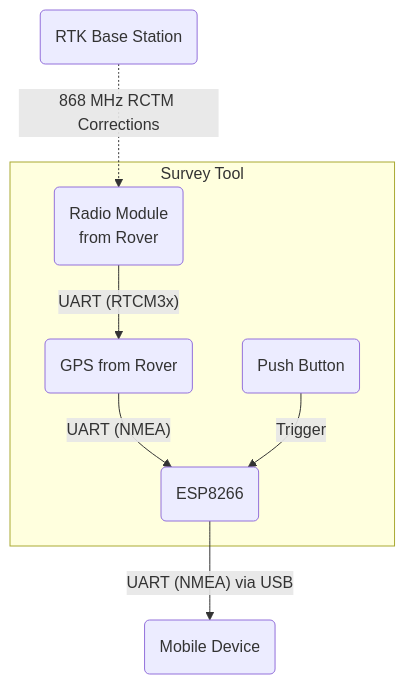
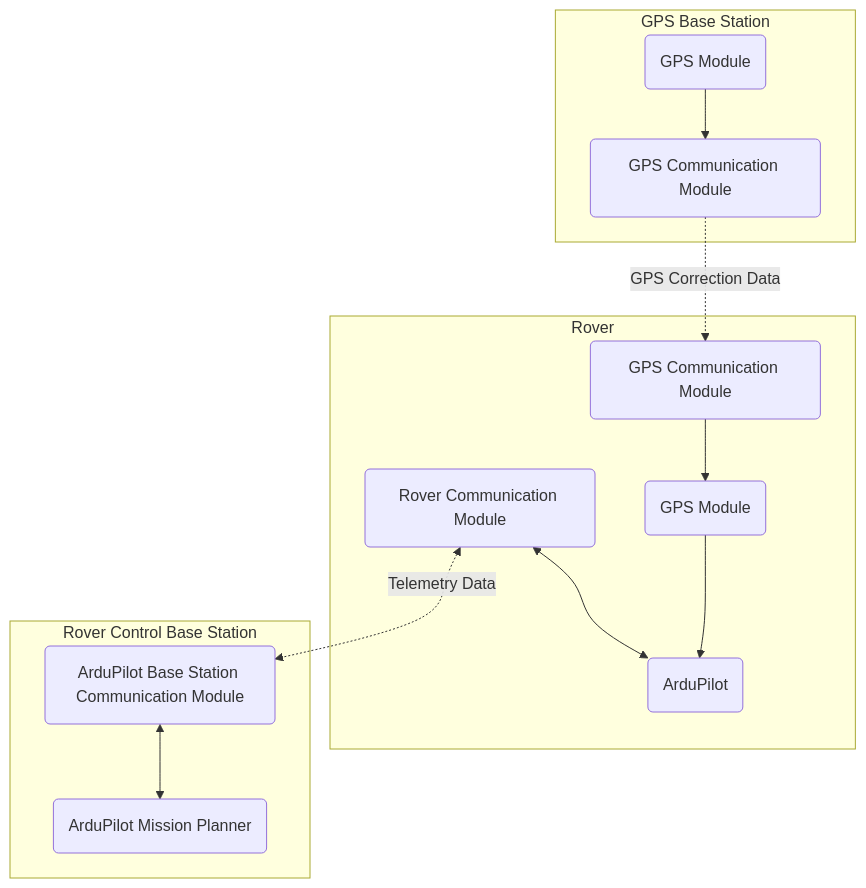
Before and after one commit to vBJohannes/RoadMarkerBot: the diagram in README.md, drawn with Mermaid. The commit also changed other lines of this file and 62 other files, not shown here.

````diff
--- a/README.md
+++ b/README.md
@@ -100,21 +32,29 @@
 ```mermaid
 graph TD
-    
-    %% Communication & Interface
-    subgraph Handheld_Unit [Survey Tool]
-        ESP
-        BTN(Push Button)
-        GPS_ROV(GPS from Rover)
-        RADIO(Radio Module<br>from Rover)
+    %% Rover
+    subgraph ROVER [Rover]
+        AP_ROVER(ArduPilot)
+        TELEM_ROVER(Rover Communication Module)
+        GPS_ROVER(GPS Module)
+        GPS_CORR_ROVER(GPS Communication Module)
     end
-    ESP(ESP8266)
 
-    %% Data Connections
-    RADIO -- "UART (RTCM3x)" --> GPS_ROV
-    GPS_ROV -- "UART (NMEA)" --> ESP
-    BTN -- "Trigger" --> ESP
+    subgraph sg1 [GPS Base Station]
+        GPS_BASE(GPS Module)
+        GPS_CORR_BASE(GPS Communication Module)
+    end
 
-    %% External Links
-    BASE(RTK Base Station) -. "868 MHz RCTM Corrections" .-> RADIO
-    ESP -- "UART (NMEA) via USB" --> SERVER(Mobile Device)
+    subgraph MP_BASE [Rover Control Base Station]
+        AP_BASE(ArduPilot Mission Planner)
+        TELEM_BASE(ArduPilot Base Station Communication Module)
+    end
+
+    %% Connections
+    TELEM_ROVER <-. "Telemetry Data" .-> TELEM_BASE
+    GPS_CORR_BASE -. "GPS Correction Data" .-> GPS_CORR_ROVER
+    GPS_CORR_ROVER --> GPS_ROVER
+    GPS_ROVER --> AP_ROVER
+    TELEM_ROVER <--> AP_ROVER
+    TELEM_BASE <--> AP_BASE
+    GPS_BASE --> GPS_CORR_BASE
 ```
````
